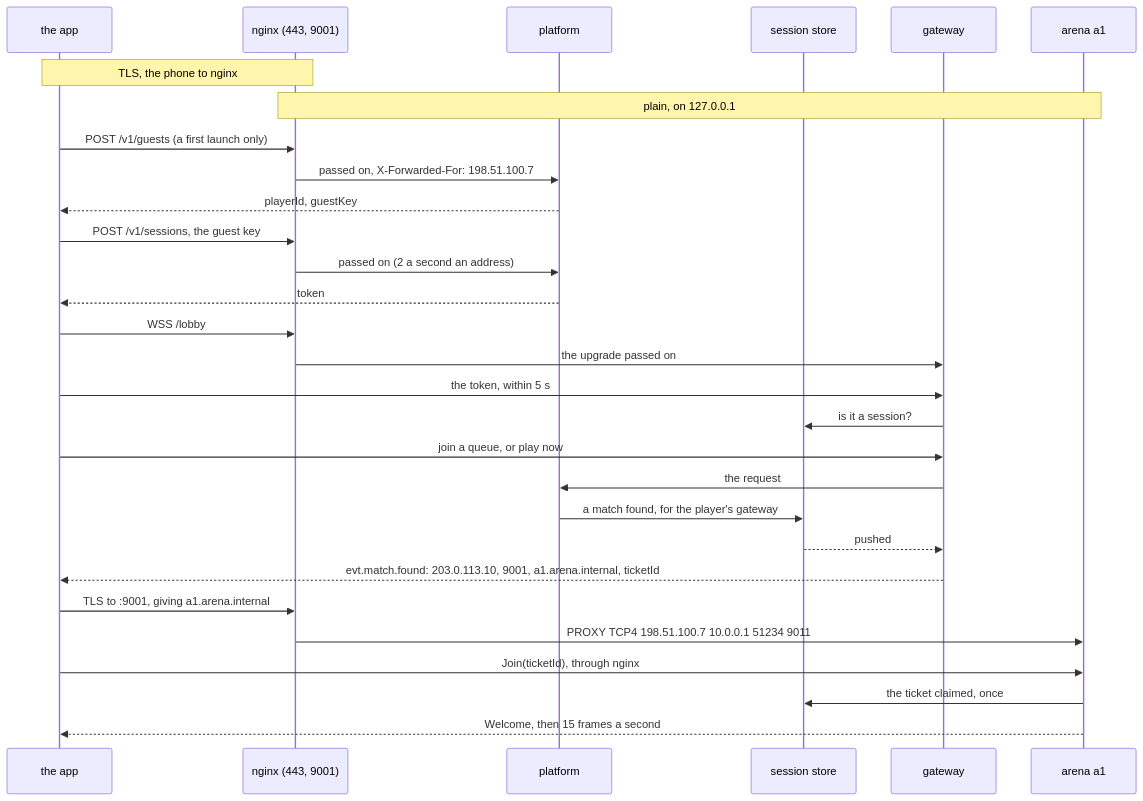
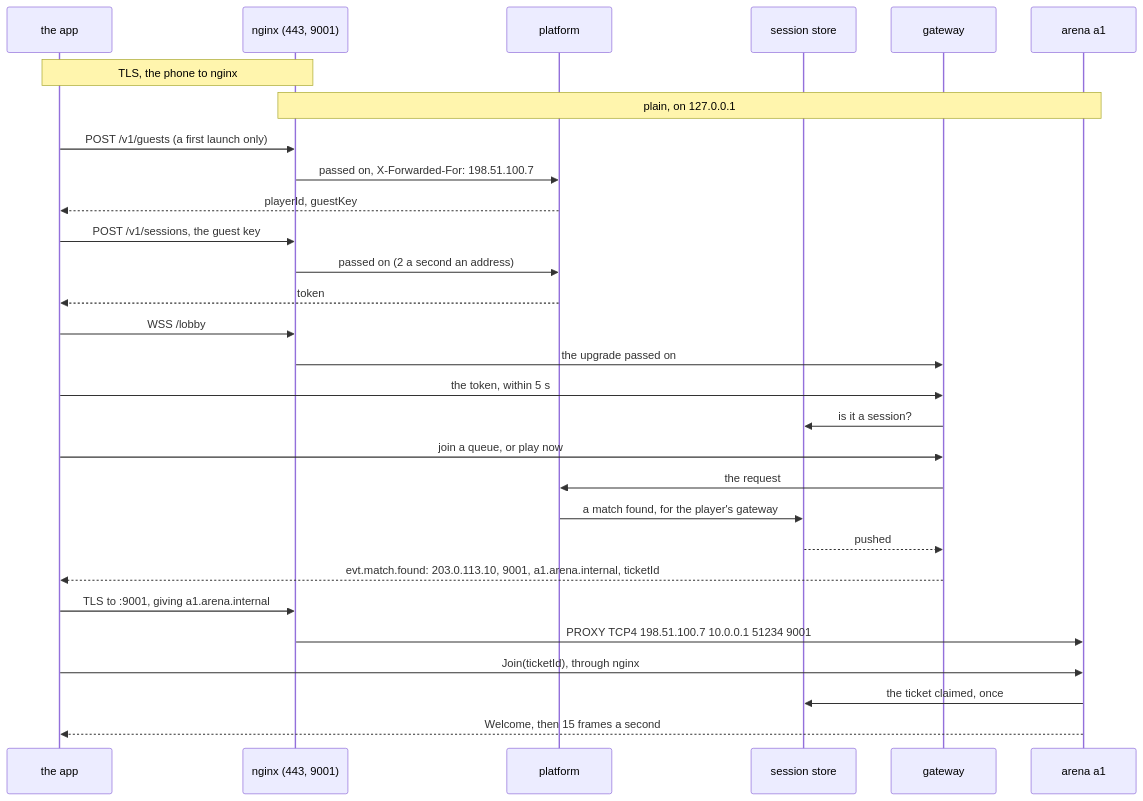
The second of 4 diagrams in docs/operations/11-phone-to-backend-routes.md (greensoft-atom/depio-simulation-platform), drawn with Mermaid before and after one commit. The commit also changed other lines of this file and 121 other files, not shown here.

````diff
--- a/docs/operations/11-phone-to-backend-routes.md
+++ b/docs/operations/11-phone-to-backend-routes.md
@@ -64,31 +74,31 @@
 ```mermaid
 sequenceDiagram
     participant P as the app
     participant N as nginx (443, 9001)
     participant PF as platform
     participant S as session store
     participant G as gateway
     participant A as arena a1
     Note over P,N: TLS, the phone to nginx
     Note over N,A: plain, on 127.0.0.1
     P->>N: POST /v1/guests (a first launch only)
     N->>PF: passed on, X-Forwarded-For: 198.51.100.7
     PF-->>P: playerId, guestKey
     P->>N: POST /v1/sessions, the guest key
     N->>PF: passed on (2 a second an address)
     PF-->>P: token
     P->>N: WSS /lobby
     N->>G: the upgrade passed on
     P->>G: the token, within 5 s
     G->>S: is it a session?
     P->>G: join a queue, or play now
     G->>PF: the request
     PF->>S: a match found, for the player's gateway
     S-->>G: pushed
     G-->>P: evt.match.found: 203.0.113.10, 9001, a1.arena.internal, ticketId
     P->>N: TLS to :9001, giving a1.arena.internal
-    N->>A: PROXY TCP4 198.51.100.7 10.0.0.1 51234 9011
+    N->>A: PROXY TCP4 198.51.100.7 10.0.0.1 51234 9001
     P->>A: Join(ticketId), through nginx
     A->>S: the ticket claimed, once
     A-->>P: Welcome, then 15 frames a second
 ```
````
